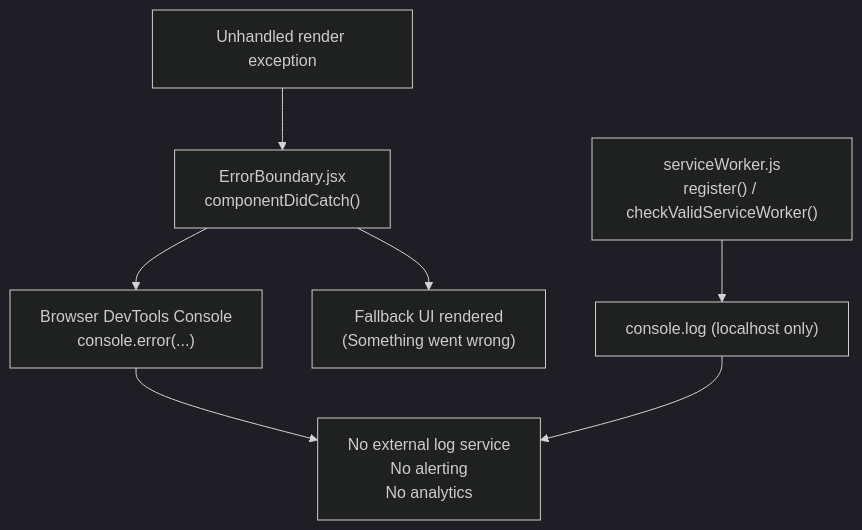
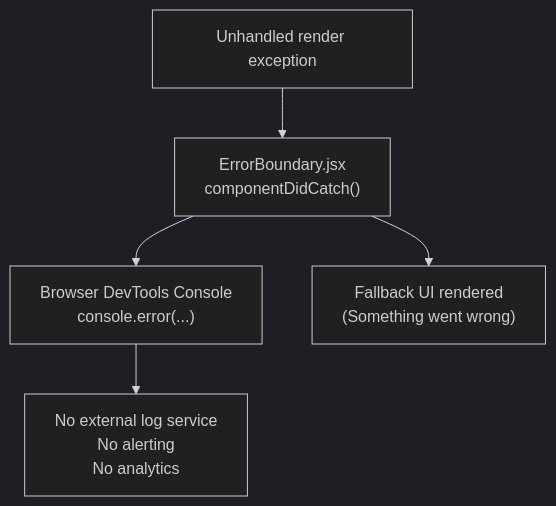
The diagram in docs/logging-monitoring-flow.md (bjralphs/Visualizer), drawn with Mermaid (dark theme) before and after one commit. The commit also changed other lines of this file and 31 other files, not shown here.

````diff
--- a/docs/logging-monitoring-flow.md
+++ b/docs/logging-monitoring-flow.md
@@ -46,17 +47,13 @@
 ```mermaid
 flowchart TD
     RenderError["Unhandled render exception"]
     EB["ErrorBoundary.jsx\ncomponentDidCatch()"]
     Console["Browser DevTools Console\nconsole.error(...)"]
     Fallback["Fallback UI rendered\n(Something went wrong)"]
-    SW["serviceWorker.js\nregister() / checkValidServiceWorker()"]
-    SWLog["console.log (localhost only)"]
     NoExternal["No external log service\nNo alerting\nNo analytics"]
 
     RenderError --> EB
     EB --> Console
     EB --> Fallback
-    SW --> SWLog
     Console --> NoExternal
-    SWLog --> NoExternal
 ```
````
